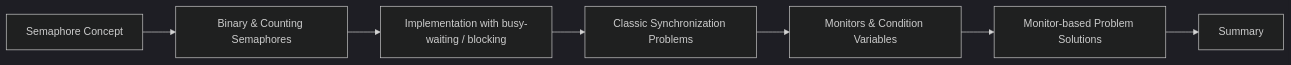
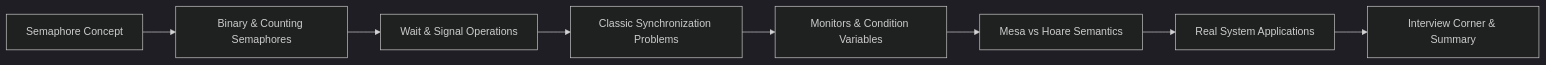
One commit to Raushan666java/ai-engineering-journey changed the diagram in docs/courses/operating-systems/06-semaphores-monitors.md. Above: the diagram before and after it, drawn with Mermaid (dark theme). The commit also changed other lines of this file and 17 other files, not shown here.

```diff
--- a/docs/courses/operating-systems/06-semaphores-monitors.md
+++ b/docs/courses/operating-systems/06-semaphores-monitors.md
@@ -28,9 +35,10 @@
 <div class="mermaid">
 flowchart LR
     A[Semaphore Concept] --> B[Binary & Counting Semaphores]
-    B --> C[Implementation with busy-waiting / blocking]
+    B --> C[Wait & Signal Operations]
     C --> D[Classic Synchronization Problems]
     D --> E[Monitors & Condition Variables]
-    E --> F[Monitor-based Problem Solutions]
-    F --> G[Summary]
+    E --> F[Mesa vs Hoare Semantics]
+    F --> G[Real System Applications]
+    G --> H[Interview Corner & Summary]
 </div>
```
